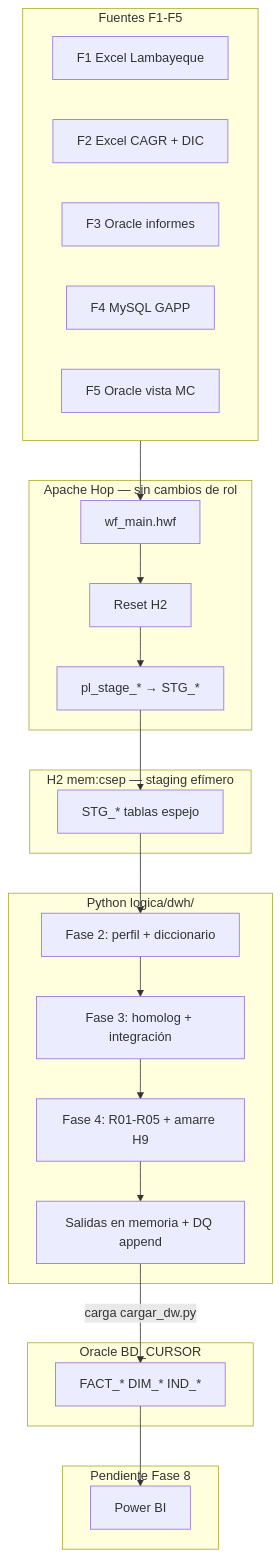
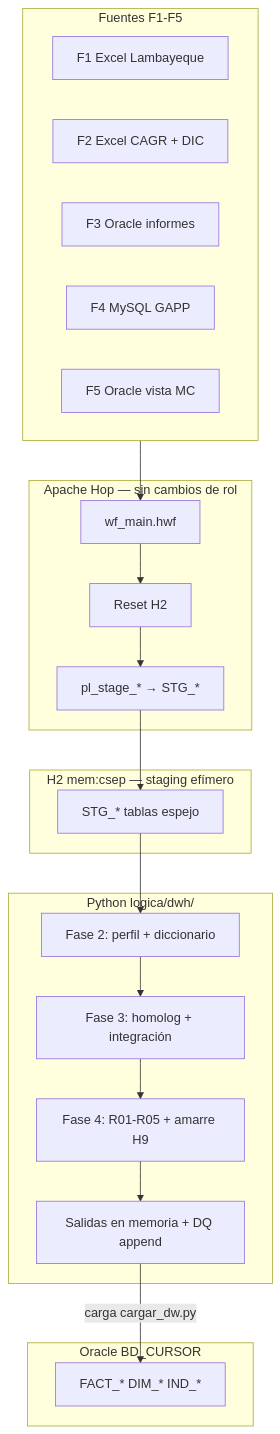
The first of 3 diagrams in docs/fase1-3/status.md (nwodevops/multa_informes_etl), drawn with Mermaid before and after one commit. The commit also changed other lines of this file and 13 other files, not shown here.

````diff
--- a/docs/fase1-3/status.md
+++ b/docs/fase1-3/status.md
@@ -10,40 +10,36 @@
 ```mermaid
 flowchart TB
   subgraph fuentes [Fuentes F1-F5]
     F1["F1 Excel Lambayeque"]
     F2["F2 Excel CAGR + DIC"]
     F3["F3 Oracle informes"]
     F4["F4 MySQL GAPP"]
     F5["F5 Oracle vista MC"]
   end
 
   subgraph hop [Apache Hop — sin cambios de rol]
     WF["wf_main.hwf"]
     RESET["Reset H2"]
     STG_LOAD["pl_stage_* → STG_*"]
   end
 
   subgraph h2 [H2 mem:csep — staging efímero]
     STG["STG_* tablas espejo"]
   end
 
   subgraph py [Python logica/dwh/]
     F2b["Fase 2: perfil + diccionario"]
     F3b["Fase 3: homolog + integración"]
     F4b["Fase 4: R01-R05 + amarre H9"]
     OUT["Salidas en memoria + DQ append"]
   end
 
   subgraph oracle [Oracle BD_CURSOR]
     ORA["FACT_* DIM_* IND_*"]
   end
 
-  subgraph pendiente [Pendiente Fase 8]
-    PBI["Power BI"]
-  end
-
   fuentes --> WF
   WF --> RESET --> STG_LOAD --> STG
   STG --> F2b --> F3b --> F4b --> OUT
-  OUT -->|"carga cargar_dw.py"| ORA --> PBI
+  OUT -->|"carga cargar_dw.py"| ORA
 ```
````
